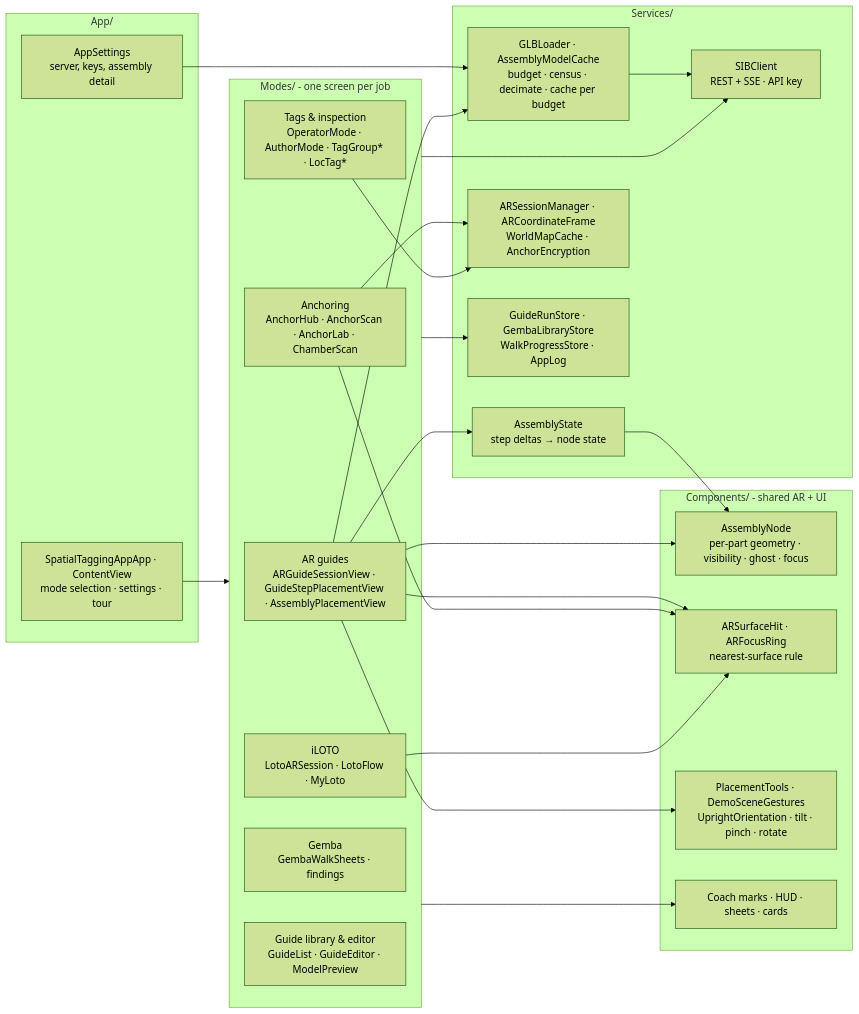
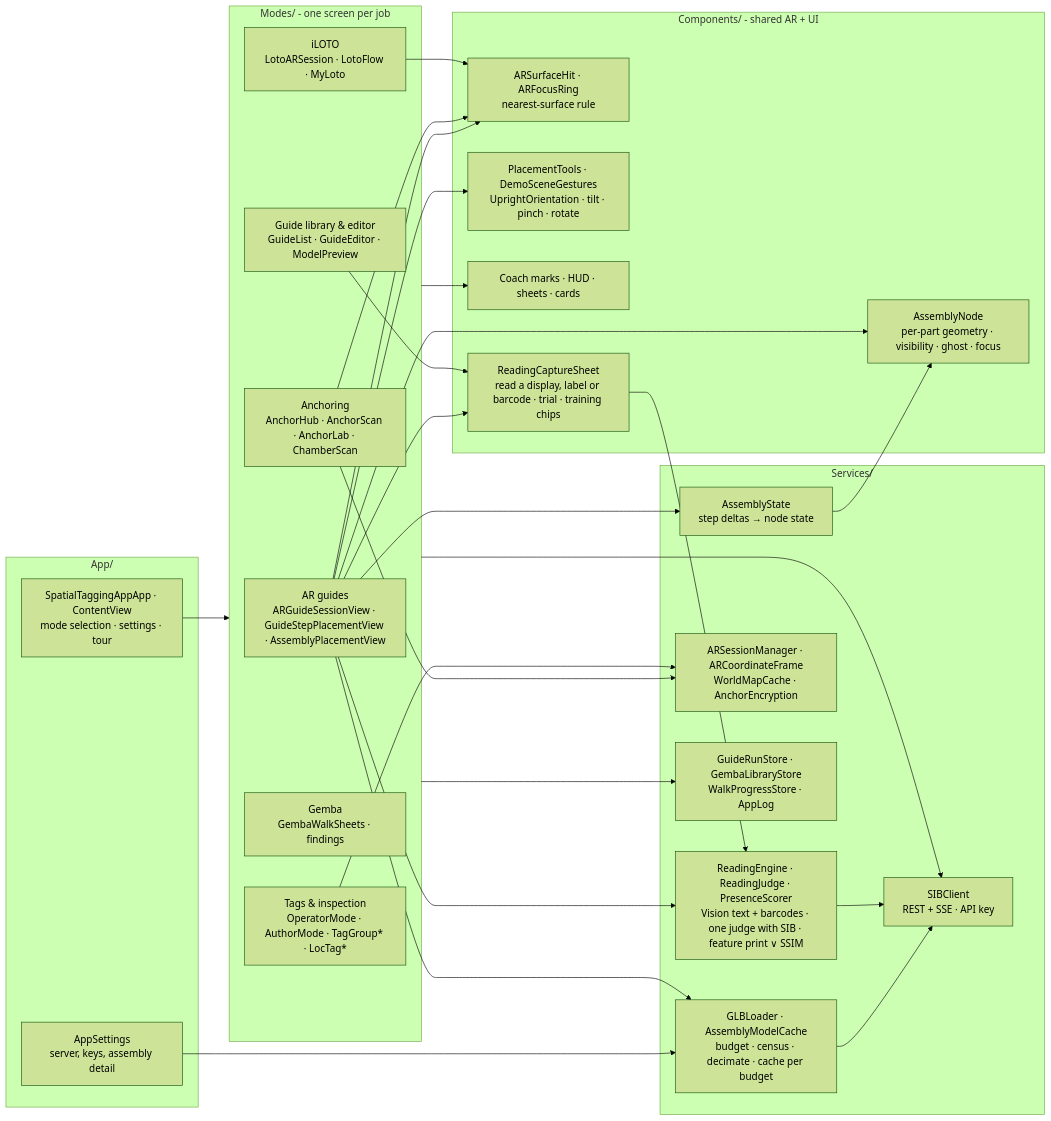
The fifth of 6 diagrams in docs/ARCHITECTURE.md (krocx/spatial-tapgging-app), drawn with Mermaid (forest theme) before and after one commit. The commit also changed other lines of this file and 2 other files, not shown here.

Commit message:
Docs for the spatial readings thread: Feature Catalog §9 (2026.4.50, AROMS-337 to 355), catalogue entry spatial-readings shipped with the author and operator flow and the events API, Architecture L3 iOS (ReadingCaptureSheet · ReadingEngine · ReadingJudge · PresenceScorer) and SIB (oms/assertions)

````diff
--- a/docs/ARCHITECTURE.md
+++ b/docs/ARCHITECTURE.md
@@ -210,44 +210,51 @@
 ```mermaid
 flowchart LR
   subgraph ENTRY["App/"]
     MAIN["SpatialTaggingAppApp · ContentView<br/>mode selection · settings · tour"]
     SET["AppSettings<br/>server, keys, assembly detail"]
   end
   subgraph MODES["Modes/ - one screen per job"]
     M_AR["AR guides<br/>ARGuideSessionView · GuideStepPlacementView · AssemblyPlacementView"]
     M_ANCH["Anchoring<br/>AnchorHub · AnchorScan · AnchorLab · ChamberScan"]
     M_TAGS["Tags & inspection<br/>OperatorMode · AuthorMode · TagGroup* · LocTag*"]
     M_LOTO["iLOTO<br/>LotoARSession · LotoFlow · MyLoto"]
     M_GEMBA["Gemba<br/>GembaWalkSheets · findings"]
     M_LIB["Guide library & editor<br/>GuideList · GuideEditor · ModelPreview"]
   end
   subgraph COMP["Components/ - shared AR + UI"]
     C_NODE["AssemblyNode<br/>per-part geometry · visibility · ghost · focus"]
     C_HIT["ARSurfaceHit · ARFocusRing<br/>nearest-surface rule"]
     C_PLACE["PlacementTools · DemoSceneGestures<br/>UprightOrientation · tilt · pinch · rotate"]
     C_UI["Coach marks · HUD · sheets · cards"]
+    C_READ["ReadingCaptureSheet<br/>read a display, label or barcode · trial · training chips"]
   end
   subgraph SVC["Services/"]
     S_CLIENT["SIBClient<br/>REST + SSE · API key"]
     S_GLB["GLBLoader · AssemblyModelCache<br/>budget · census · decimate · cache per budget"]
     S_STATE["AssemblyState<br/>step deltas → node state"]
     S_AR["ARSessionManager · ARCoordinateFrame<br/>WorldMapCache · AnchorEncryption"]
     S_STORE["GuideRunStore · GembaLibraryStore<br/>WalkProgressStore · AppLog"]
+    S_READ["ReadingEngine · ReadingJudge · PresenceScorer<br/>Vision text + barcodes · one judge with SIB · feature print ∨ SSIM"]
   end
   MAIN --> MODES
   SET --> S_GLB
   M_AR --> C_NODE
   M_AR --> C_HIT
   M_AR --> C_PLACE
   M_AR --> S_GLB
   M_AR --> S_STATE
   M_ANCH --> C_HIT
   M_ANCH --> S_AR
   M_TAGS --> S_AR
   M_LOTO --> C_HIT
   MODES --> C_UI
   MODES --> S_CLIENT
   S_GLB --> S_CLIENT
   S_STATE --> C_NODE
   MODES --> S_STORE
+  M_AR --> C_READ
+  M_LIB --> C_READ
+  C_READ --> S_READ
+  M_AR --> S_READ
+  S_READ --> S_CLIENT
 ```
````
